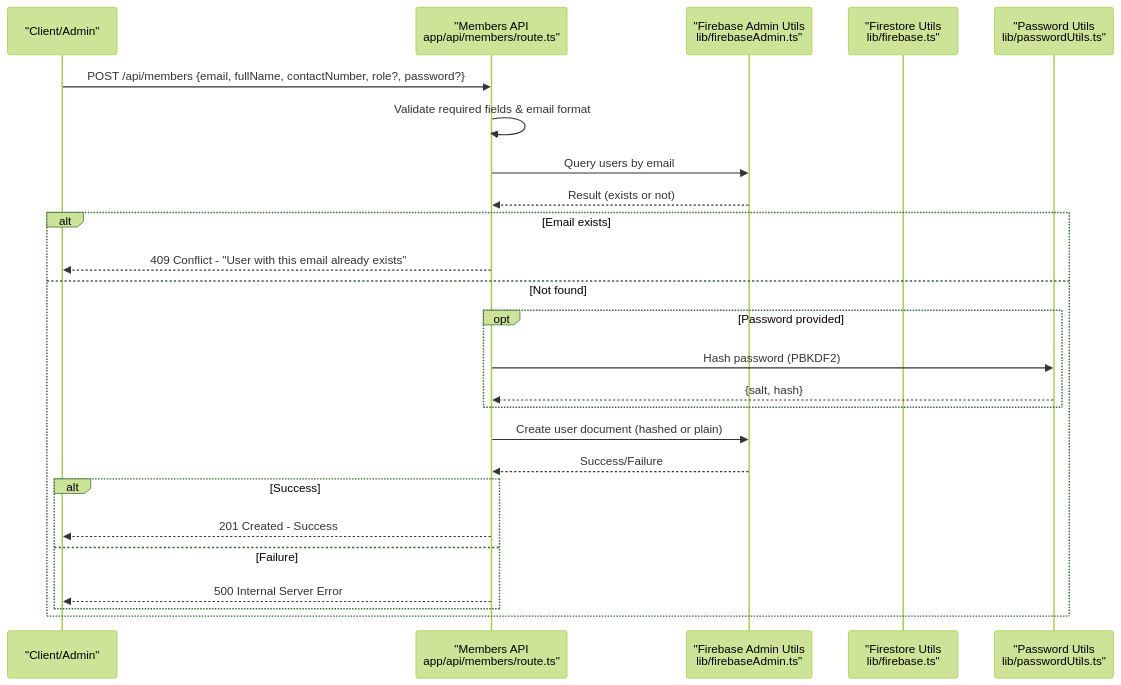
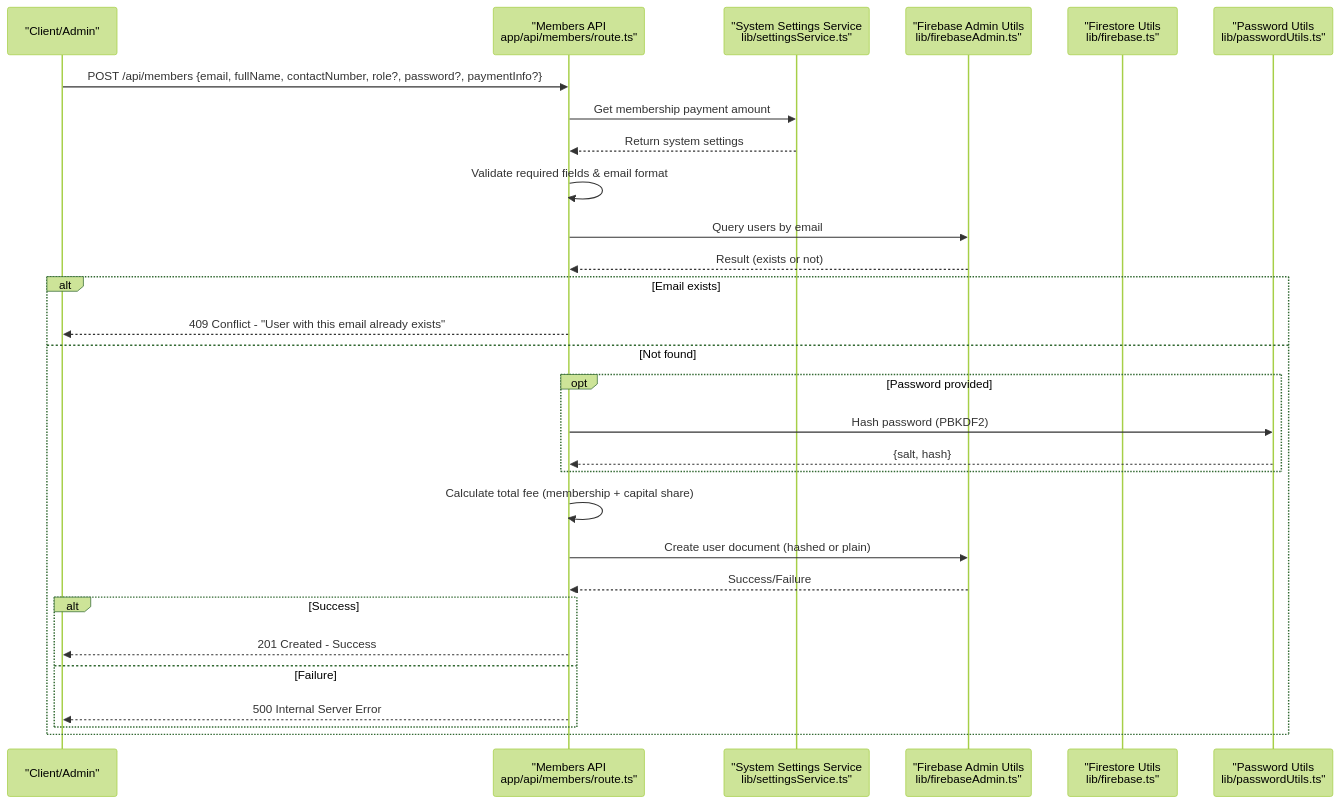
Before and after one commit to Unsure-bry/sampacoop_system: the fifth of 6 diagrams in .qoder/repowiki/en/content/Member Management System/Member Registration Workflow.md, drawn with Mermaid (forest theme). The commit also changed other lines of this file and 3 other files, not shown here.

````diff
--- a/.qoder/repowiki/en/content/Member Management System/Member Registration Workflow.md
+++ b/.qoder/repowiki/en/content/Member Management System/Member Registration Workflow.md
@@ -333,27 +355,31 @@
 ```mermaid
 sequenceDiagram
 participant Client as "Client/Admin"
 participant API as "Members API<br/>app/api/members/route.ts"
+participant Settings as "System Settings Service<br/>lib/settingsService.ts"
 participant FA as "Firebase Admin Utils<br/>lib/firebaseAdmin.ts"
 participant FS as "Firestore Utils<br/>lib/firebase.ts"
 participant PW as "Password Utils<br/>lib/passwordUtils.ts"
-Client->>API : POST /api/members {email, fullName, contactNumber, role?, password?}
+Client->>API : POST /api/members {email, fullName, contactNumber, role?, password?, paymentInfo?}
+API->>Settings : Get membership payment amount
+Settings-->>API : Return system settings
 API->>API : Validate required fields & email format
 API->>FA : Query users by email
 FA-->>API : Result (exists or not)
 alt Email exists
 API-->>Client : 409 Conflict - "User with this email already exists"
 else Not found
 opt Password provided
 API->>PW : Hash password (PBKDF2)
 PW-->>API : {salt, hash}
 end
+API->>API : Calculate total fee (membership + capital share)
 API->>FA : Create user document (hashed or plain)
 FA-->>API : Success/Failure
 alt Success
 API-->>Client : 201 Created - Success
 else Failure
 API-->>Client : 500 Internal Server Error
 end
 end
 ```
````
